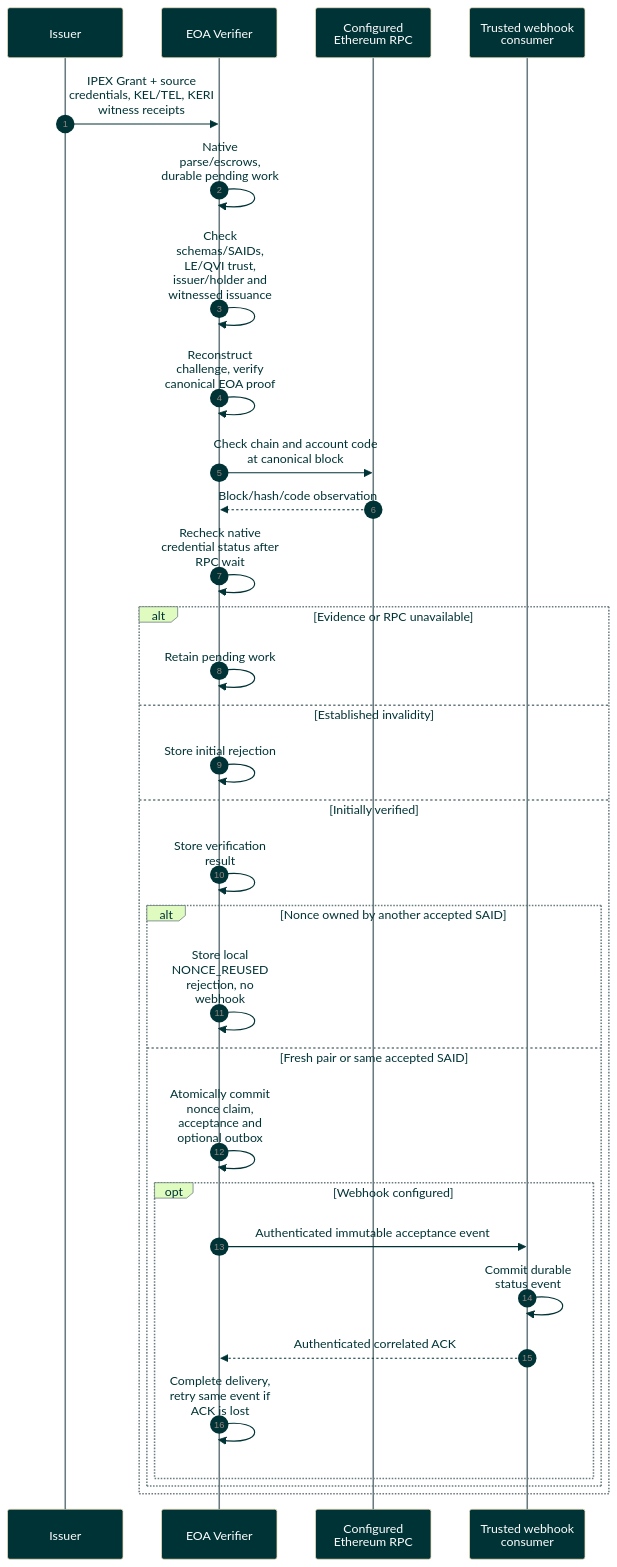
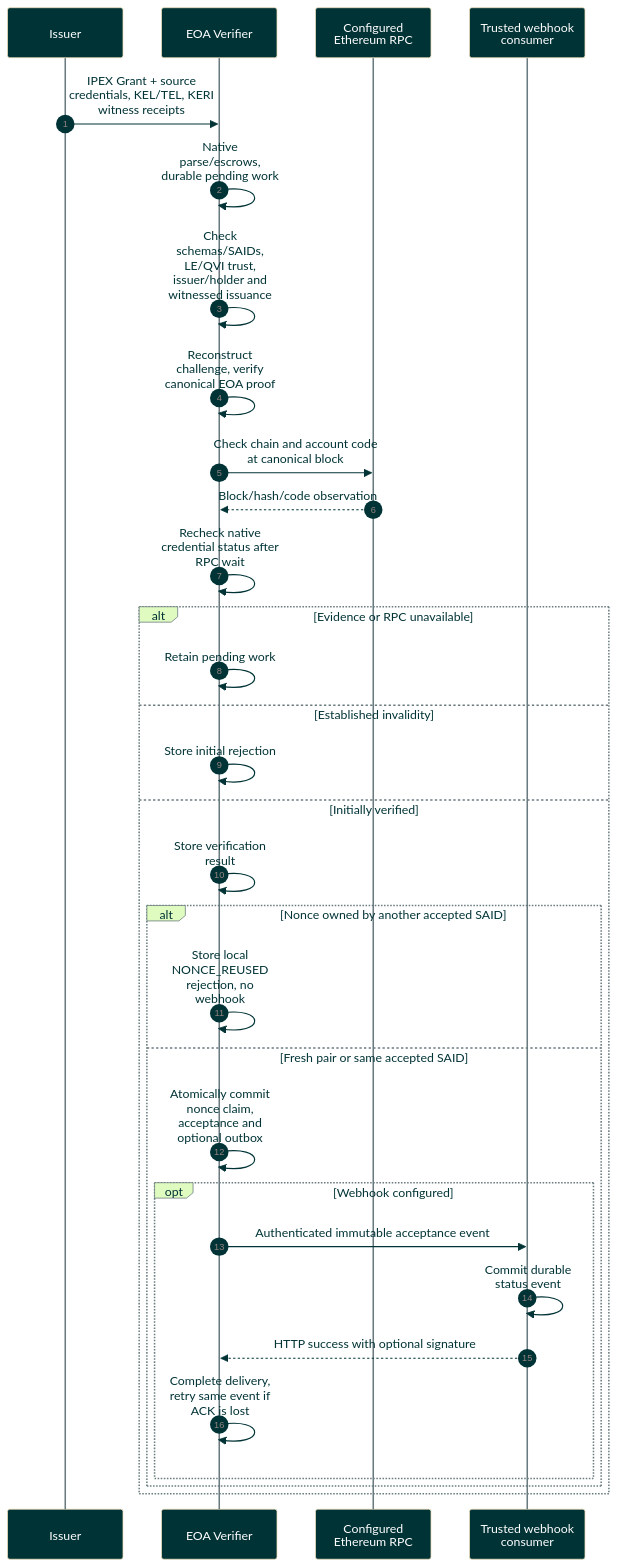
The diagram in docs/diagrams/sequence/association-verification-sequence.md (GLEIF-IT/eoa-verifier), drawn with Mermaid before and after one commit. The commit also changed 42 other files, not shown here.

````diff
--- a/docs/diagrams/sequence/association-verification-sequence.md
+++ b/docs/diagrams/sequence/association-verification-sequence.md
@@ -10,34 +10,34 @@
 ```mermaid
 %%{init: {"theme":"base","themeVariables":{"actorBkg":"#003336","actorTextColor":"#FFFFFF","signalColor":"#003336","signalTextColor":"#003336","noteBkgColor":"#E5DCE6","noteTextColor":"#003336","loopTextColor":"#003336","labelTextColor":"#003336","labelBoxBkgColor":"#DFFBC0","labelBoxBorderColor":"#6A7B7F","actorLineColor":"#6A7B7F","lineColor":"#6A7B7F"},"sequence":{"mirrorActors":true,"wrap":true}}}%%
 sequenceDiagram
     autonumber
     participant I as Issuer
     participant V as EOA Verifier
     participant R as Configured Ethereum RPC
     participant C as Trusted webhook consumer
     I->>V: IPEX Grant + source credentials, KEL/TEL, KERI witness receipts
     V->>V: Native parse/escrows, durable pending work
     V->>V: Check schemas/SAIDs, LE/QVI trust, issuer/holder and witnessed issuance
     V->>V: Reconstruct challenge, verify canonical EOA proof
     V->>R: Check chain and account code at canonical block
     R-->>V: Block/hash/code observation
     V->>V: Recheck native credential status after RPC wait
     alt Evidence or RPC unavailable
         V->>V: Retain pending work
     else Established invalidity
         V->>V: Store initial rejection
     else Initially verified
         V->>V: Store verification result
         alt Nonce owned by another accepted SAID
             V->>V: Store local NONCE_REUSED rejection, no webhook
         else Fresh pair or same accepted SAID
             V->>V: Atomically commit nonce claim, acceptance and optional outbox
             opt Webhook configured
                 V->>C: Authenticated immutable acceptance event
                 C->>C: Commit durable status event
-                C-->>V: Authenticated correlated ACK
+                C-->>V: HTTP success with optional signature
                 V->>V: Complete delivery, retry same event if ACK is lost
             end
         end
     end
 ```
````
